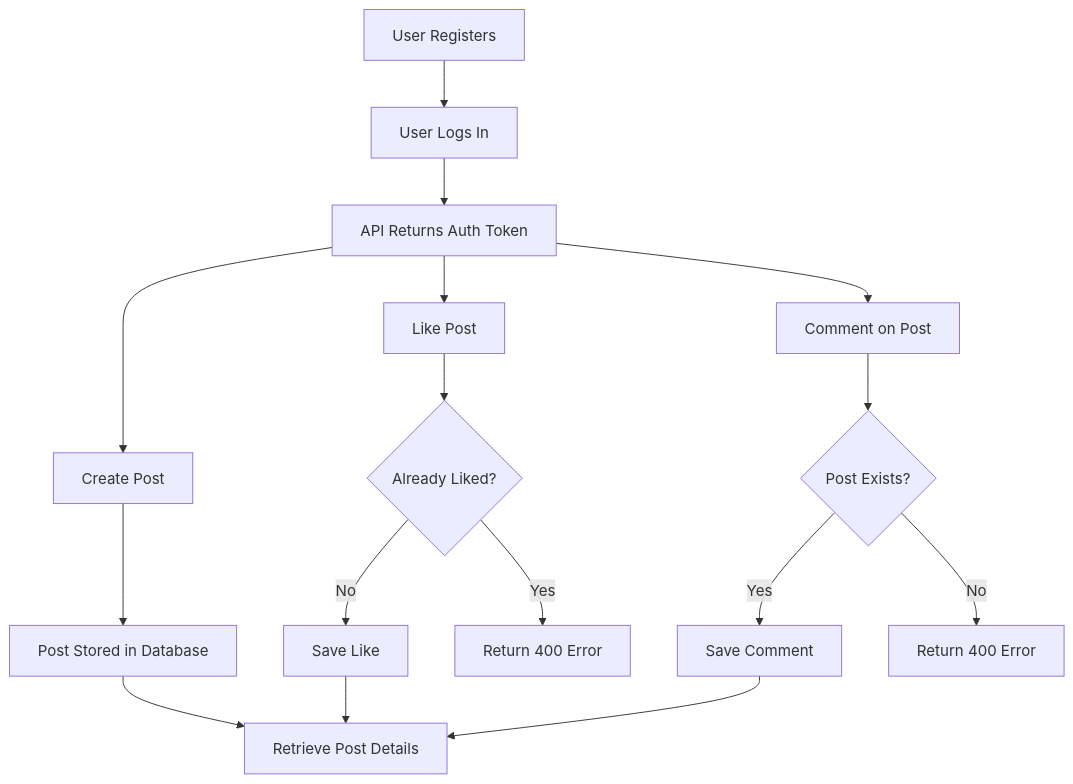
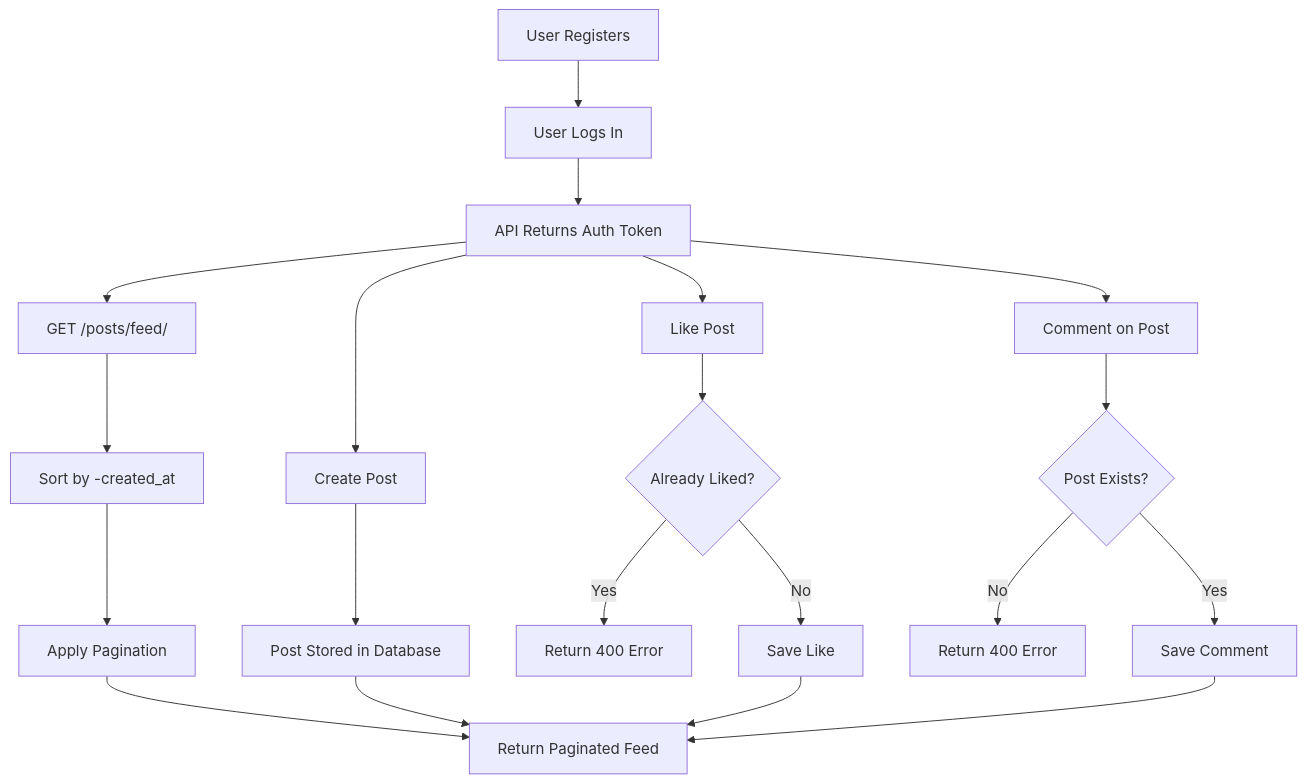
Before and after one commit to Mihoqr/connectly-rest-api: the diagram in README.md, drawn with Mermaid. The commit also changed other lines of this file, not shown here.

First line of the commit message:
Revise README for OAuth and news feed details

````diff
--- a/README.md
+++ b/README.md
@@ -154,18 +184,27 @@
 ```mermaid
 flowchart TD
     A[User Registers] --> B[User Logs In]
     B --> C[API Returns Auth Token]
+
     C --> D[Create Post]
     D --> E[Post Stored in Database]
+
     C --> F[Like Post]
     F --> G{Already Liked?}
     G -->|No| H[Save Like]
     G -->|Yes| I[Return 400 Error]
+
     C --> J[Comment on Post]
     J --> K{Post Exists?}
     K -->|Yes| L[Save Comment]
     K -->|No| M[Return 400 Error]
-    E --> N[Retrieve Post Details]
-    H --> N
-    L --> N
+
+    C --> O[GET /posts/feed/]
+    O --> P[Sort by -created_at]
+    P --> Q[Apply Pagination]
+    Q --> R[Return Paginated Feed]
+
+    E --> R
+    H --> R
+    L --> R
 ```
````
